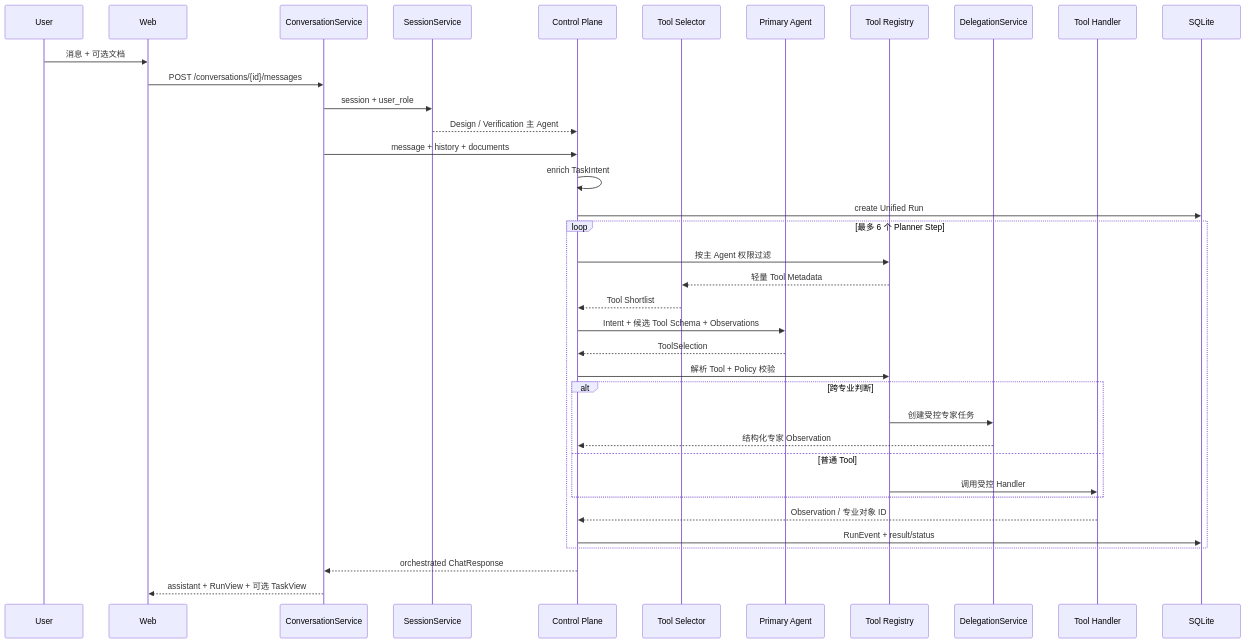
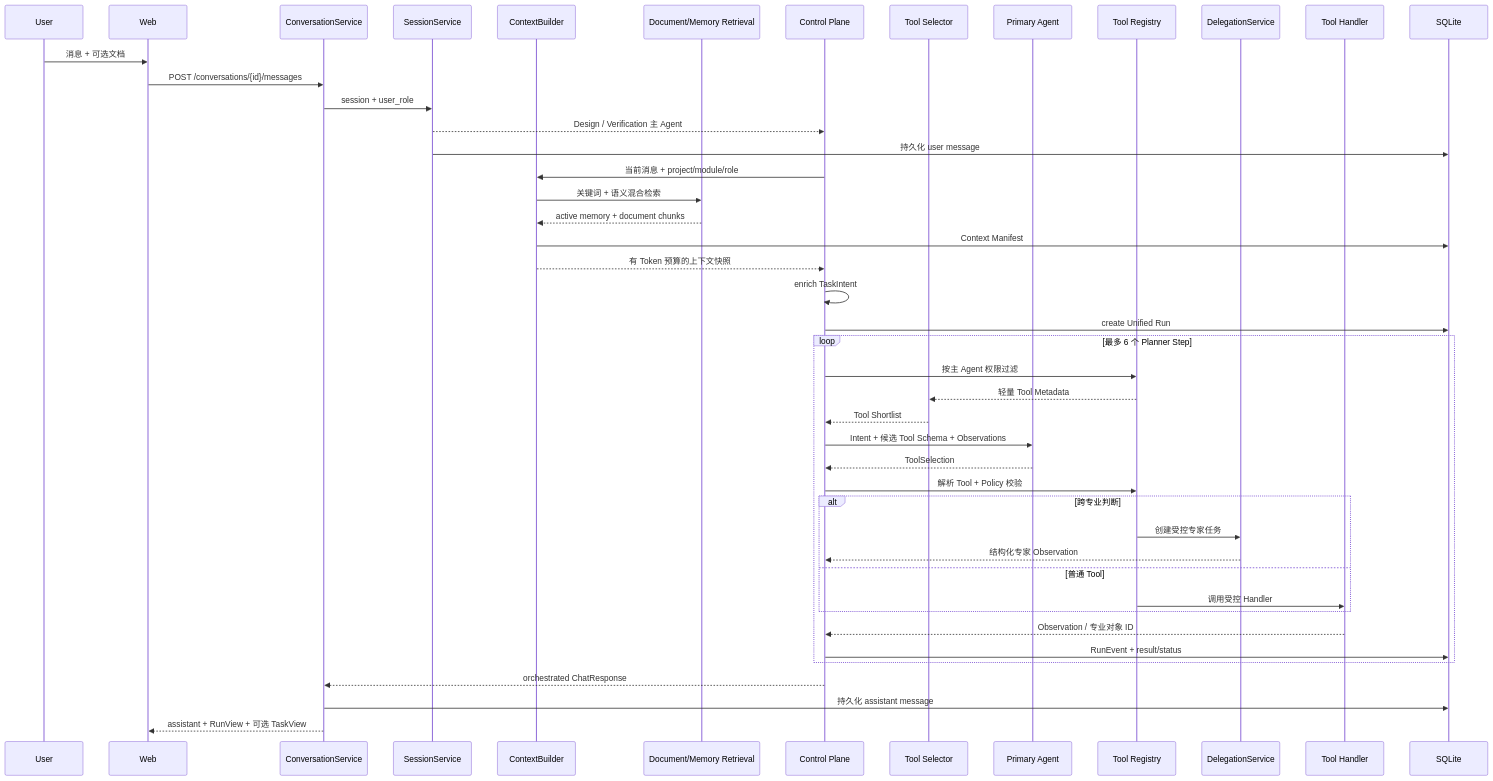
The first of 8 diagrams in docs/runtime-flow.md (yaowensial-g/chipDesignAgent), drawn with Mermaid before and after one commit. The commit also changed other lines of this file and 52 other files, not shown here.

Commit message:
feat: add persistent context memory and finalize documentation

````diff
--- a/docs/runtime-flow.md
+++ b/docs/runtime-flow.md
@@ -29,39 +30,47 @@
 ```mermaid
 sequenceDiagram
     participant U as User
     participant W as Web
     participant C as ConversationService
     participant S as SessionService
+    participant CB as ContextBuilder
+    participant RAG as Document/Memory Retrieval
     participant O as Control Plane
     participant TS as Tool Selector
     participant P as Primary Agent
     participant T as Tool Registry
     participant D as DelegationService
     participant E as Tool Handler
     participant DB as SQLite
     U->>W: 消息 + 可选文档
     W->>C: POST /conversations/{id}/messages
     C->>S: session + user_role
     S-->>O: Design / Verification 主 Agent
-    C->>O: message + history + documents
+    S->>DB: 持久化 user message
+    O->>CB: 当前消息 + project/module/role
+    CB->>RAG: 关键词 + 语义混合检索
+    RAG-->>CB: active memory + document chunks
+    CB->>DB: Context Manifest
+    CB-->>O: 有 Token 预算的上下文快照
     O->>O: enrich TaskIntent
     O->>DB: create Unified Run
     loop 最多 6 个 Planner Step
         O->>T: 按主 Agent 权限过滤
         T-->>TS: 轻量 Tool Metadata
         TS-->>O: Tool Shortlist
         O->>P: Intent + 候选 Tool Schema + Observations
         P-->>O: ToolSelection
         O->>T: 解析 Tool + Policy 校验
         alt 跨专业判断
             T->>D: 创建受控专家任务
             D-->>O: 结构化专家 Observation
         else 普通 Tool
             T->>E: 调用受控 Handler
         end
         E-->>O: Observation / 专业对象 ID
         O->>DB: RunEvent + result/status
     end
     O-->>C: orchestrated ChatResponse
+    C->>DB: 持久化 assistant message
     C-->>W: assistant + RunView + 可选 TaskView
 ```
````
